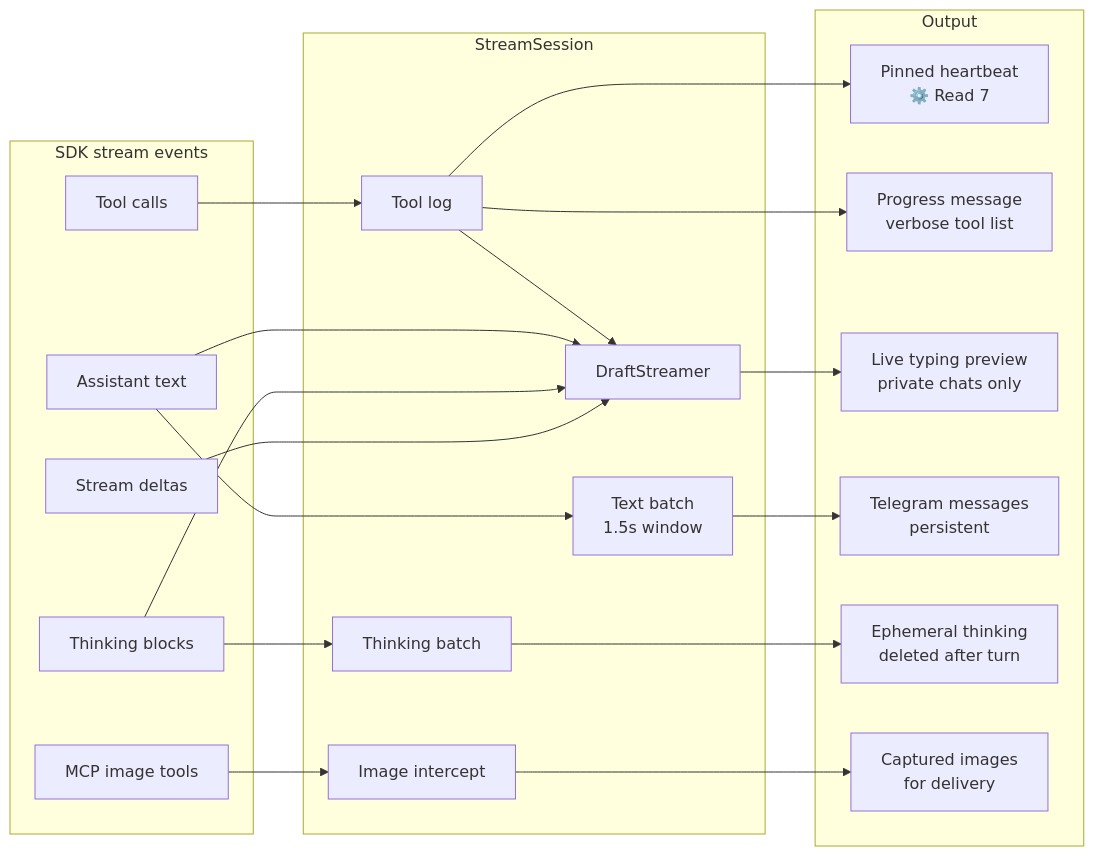
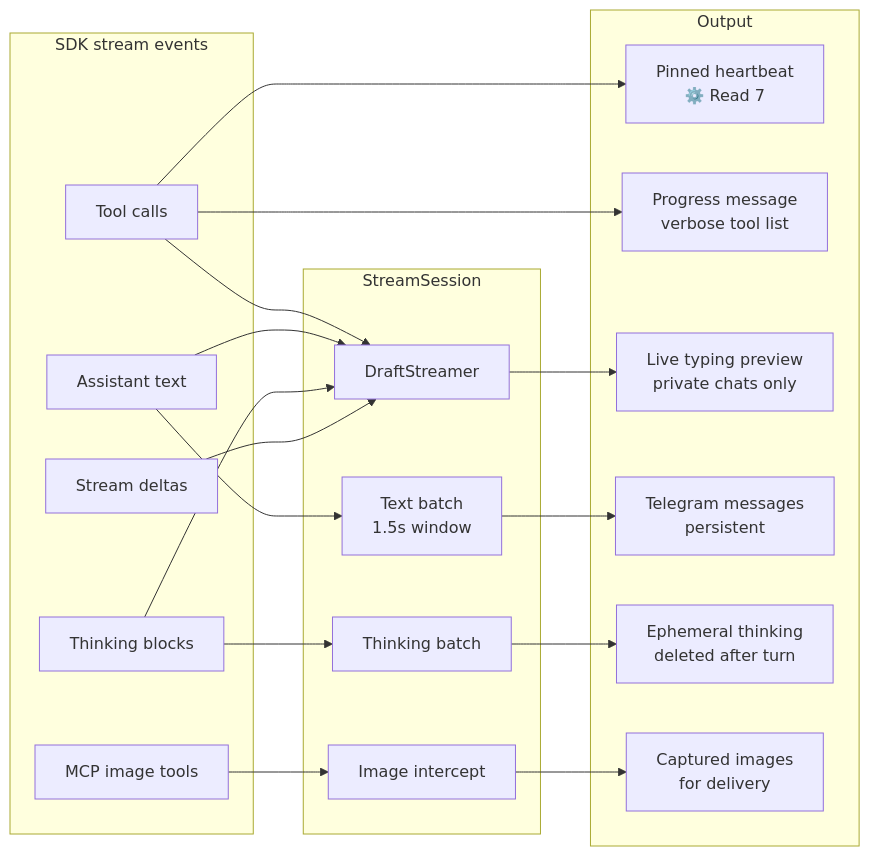
The third of 4 diagrams in docs/architecture.md (Captain-Bacon/claude-code-telegram), drawn with Mermaid before and after one commit. The commit also changed other lines of this file and 1 other file, not shown here.

First line of the commit message:
Architecture docs: loops 4-5 precision refinements

````diff
--- a/docs/architecture.md
+++ b/docs/architecture.md
@@ -122,38 +123,37 @@
 ```mermaid
 flowchart LR
     subgraph Events ["SDK stream events"]
         TC[Tool calls]
-        AT[Assistant text]
+        ATXT[Assistant text]
         TH[Thinking blocks]
         SD[Stream deltas]
         IM[MCP image tools]
     end
 
     subgraph StreamSession
-        TL[Tool log]
         TB[Text batch\n1.5s window]
         THB[Thinking batch]
         DS[DraftStreamer]
         MCI[Image intercept]
     end
 
     subgraph Output
         PIN[Pinned heartbeat\n⚙️ Read 7]
         PROG[Progress message\nverbose tool list]
         DRAFT[Live typing preview\nprivate chats only]
         MSG[Telegram messages\npersistent]
         EPH[Ephemeral thinking\ndeleted after turn]
         IMG[Captured images\nfor delivery]
     end
 
-    TC --> TL
-    TL --> PIN
-    TL --> PROG
-    TL --> DS --> DRAFT
-    AT --> TB --> MSG
-    AT --> DS
+    TC --> PIN
+    TC --> PROG
+    TC --> DS
+    ATXT --> TB --> MSG
+    ATXT --> DS
     TH --> THB --> EPH
     TH --> DS
     SD --> DS
+    DS --> DRAFT
     IM --> MCI --> IMG
 ```
````
